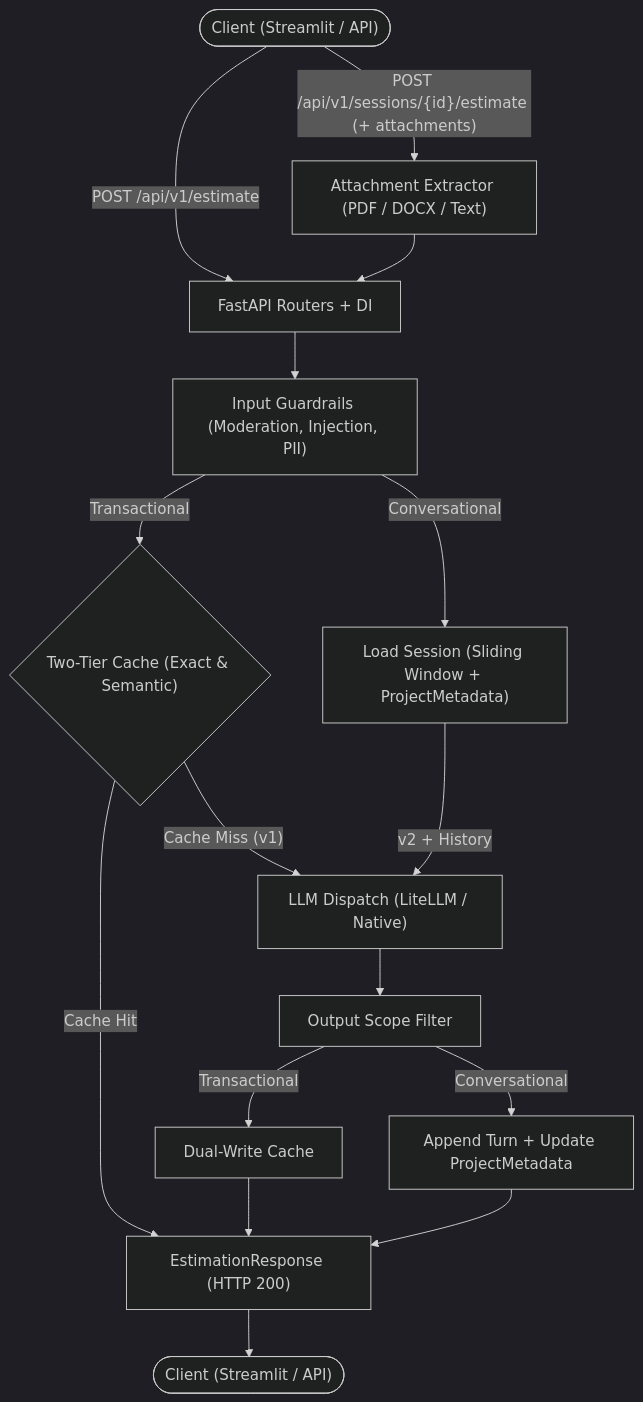
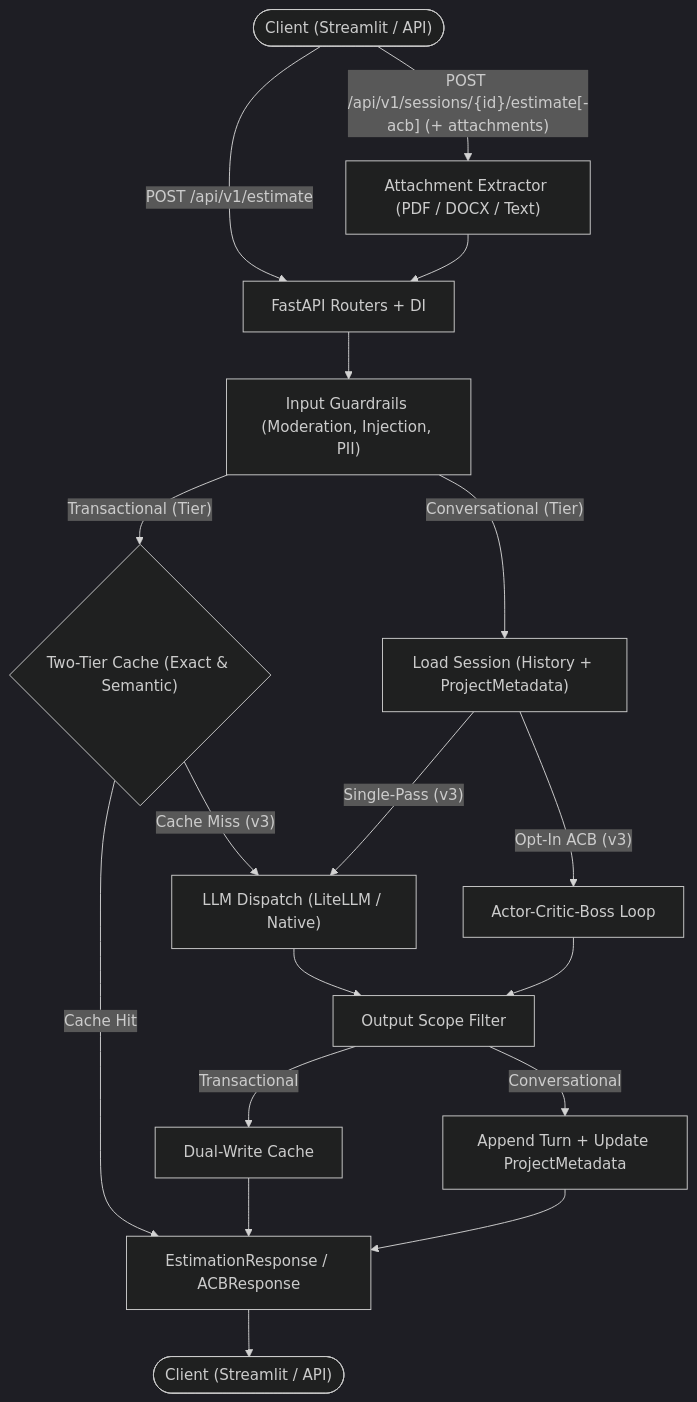
One commit to NestorDR/aie-estimator changed the diagram in README.md. Above: the diagram before and after it, drawn with Mermaid (dark theme). The commit also changed other lines of this file and 28 other files, not shown here.

Commit message:
Enhance Streamlit app with tier-specific features and Actor-Critic-Boss (or Generator/Evaluator/Orchestrator) integration.

````diff
--- a/README.md
+++ b/README.md
@@ -27,22 +27,24 @@
 ```mermaid
 flowchart TD
     Client(["Client (Streamlit / API)"]) -->|"POST /api/v1/estimate"| Router["FastAPI Routers + DI"]
-    Client -->|"POST /api/v1/sessions/{id}/estimate (+ attachments)"| Attachments["Attachment Extractor (PDF / DOCX / Text)"]
+    Client -->|"POST /api/v1/sessions/{id}/estimate[-acb] (+ attachments)"| Attachments["Attachment Extractor (PDF / DOCX / Text)"]
     Attachments --> Router
 
     Router --> Guardrails["Input Guardrails (Moderation, Injection, PII)"]
-    Guardrails -->|"Transactional"| Cache{"Two-Tier Cache (Exact & Semantic)"}
-    Guardrails -->|"Conversational"| SessionCtx["Load Session (Sliding Window + ProjectMetadata)"]
+    Guardrails -->|"Transactional (Tier)"| Cache{"Two-Tier Cache (Exact & Semantic)"}
+    Guardrails -->|"Conversational (Tier)"| SessionCtx["Load Session (History + ProjectMetadata)"]
 
-    Cache -->|"Cache Hit"| Response["EstimationResponse (HTTP 200)"]
-    Cache -->|"Cache Miss (v1)"| LLM["LLM Dispatch (LiteLLM / Native)"]
-    SessionCtx -->|"v2 + History"| LLM
+    Cache -->|"Cache Hit"| Response["EstimationResponse / ACBResponse"]
+    Cache -->|"Cache Miss (v3)"| LLM["LLM Dispatch (LiteLLM / Native)"]
+    SessionCtx -->|"Single-Pass (v3)"| LLM
+    SessionCtx -->|"Opt-In ACB (v3)"| ACB["Actor-Critic-Boss Loop"]
 
     LLM --> OutputGuard["Output Scope Filter"]
+    ACB --> OutputGuard
     OutputGuard -->|"Transactional"| CacheWrite["Dual-Write Cache"]
     OutputGuard -->|"Conversational"| MemoryUpdate["Append Turn + Update ProjectMetadata"]
 
     CacheWrite --> Response
     MemoryUpdate --> Response
     Response --> ClientDone(["Client (Streamlit / API)"])
 ```
````
